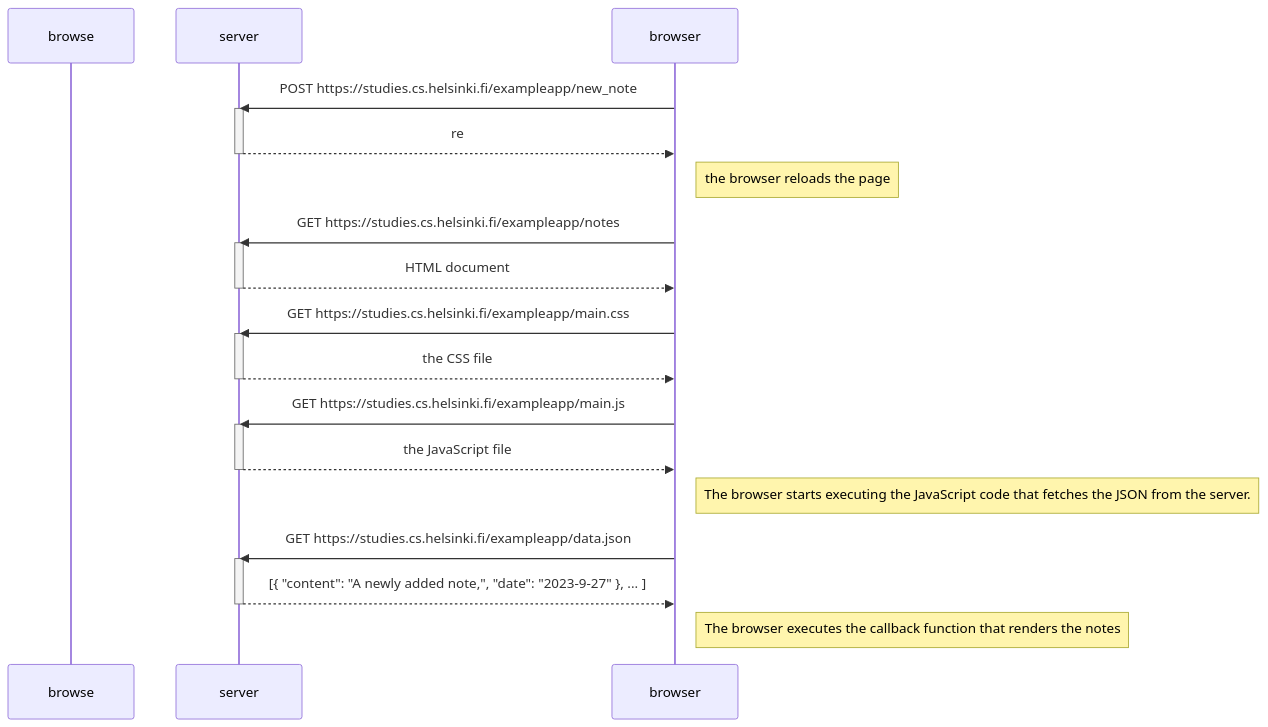
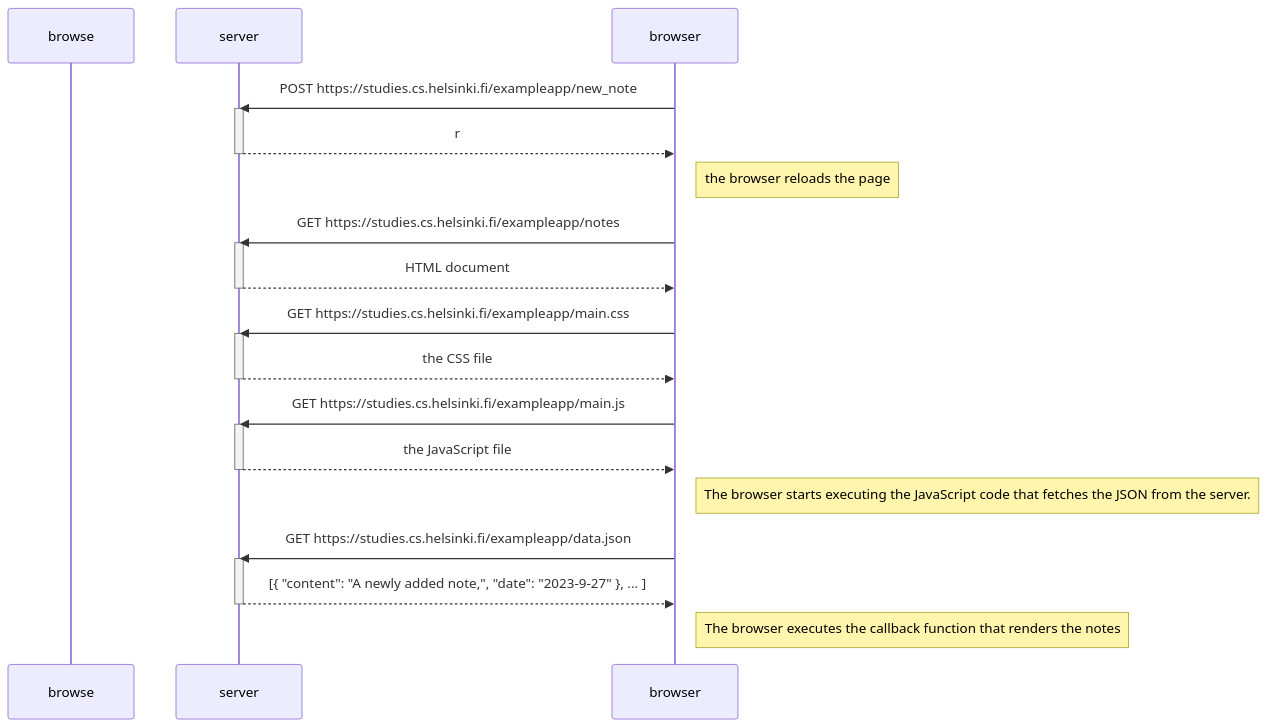
The diagram in part0/0.4/new_note_diagram.md (AlexanderGurnet/fullstackopen), drawn with Mermaid before and after one commit.

````diff
--- a/part0/0.4/new_note_diagram.md
+++ b/part0/0.4/new_note_diagram.md
@@ -2,35 +2,35 @@
 ```mermaid
   sequenceDiagram
     participant browse
     participant server
 
     browser->>server: POST https://studies.cs.helsinki.fi/exampleapp/new_note
     activate server
-    server-->>browser: re
+    server-->>browser: r
     deactivate server
     Note right of browser: the browser reloads the page
 
     browser->>server: GET https://studies.cs.helsinki.fi/exampleapp/notes
     activate server
     server-->>browser: HTML document
     deactivate server
     
     browser->>server: GET https://studies.cs.helsinki.fi/exampleapp/main.css
     activate server
     server-->>browser: the CSS file
     deactivate server
 
     browser->>server: GET https://studies.cs.helsinki.fi/exampleapp/main.js
     activate server
     server-->>browser: the JavaScript file
     deactivate server
 
     Note right of browser: The browser starts executing the JavaScript code that fetches the JSON from the server.
 
     browser->>server: GET https://studies.cs.helsinki.fi/exampleapp/data.json
     activate server
     server-->>browser: [{ "content": "A newly added note,", "date": "2023-9-27" }, ... ]
     deactivate server
 
     Note right of browser: The browser executes the callback function that renders the notes
 ```
````
